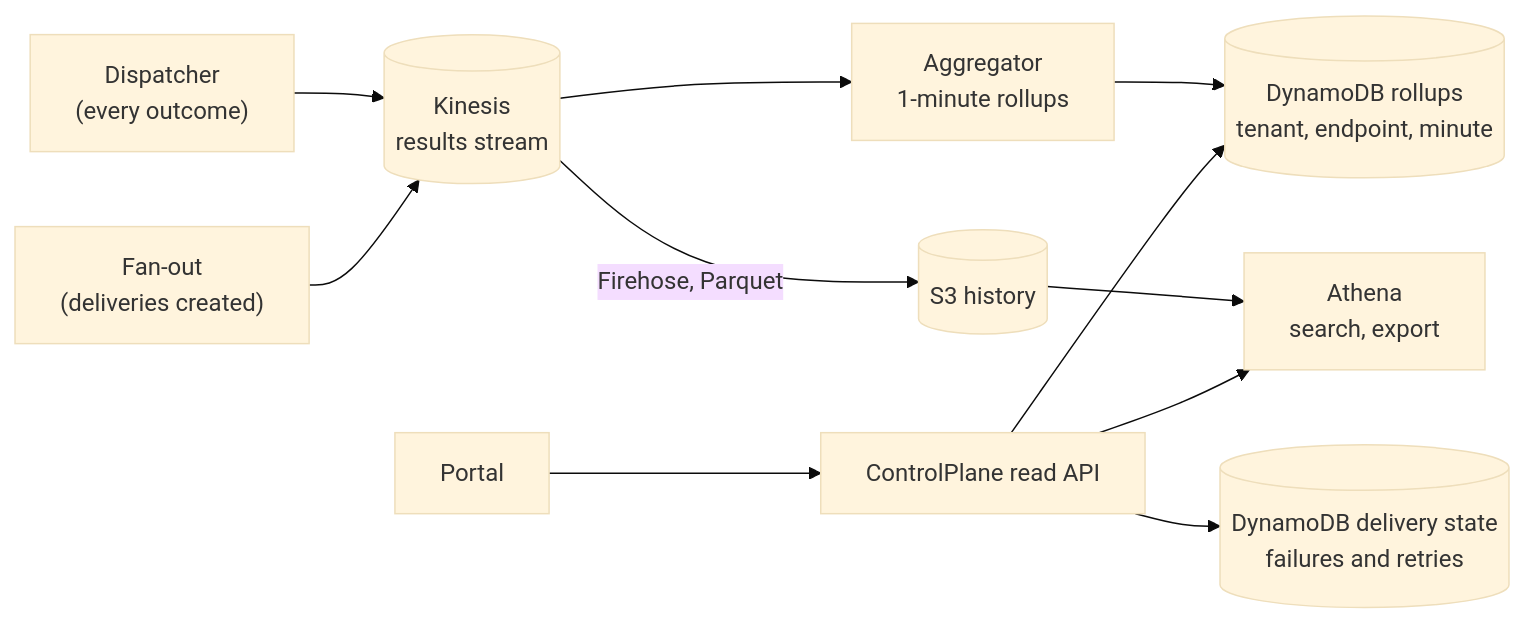
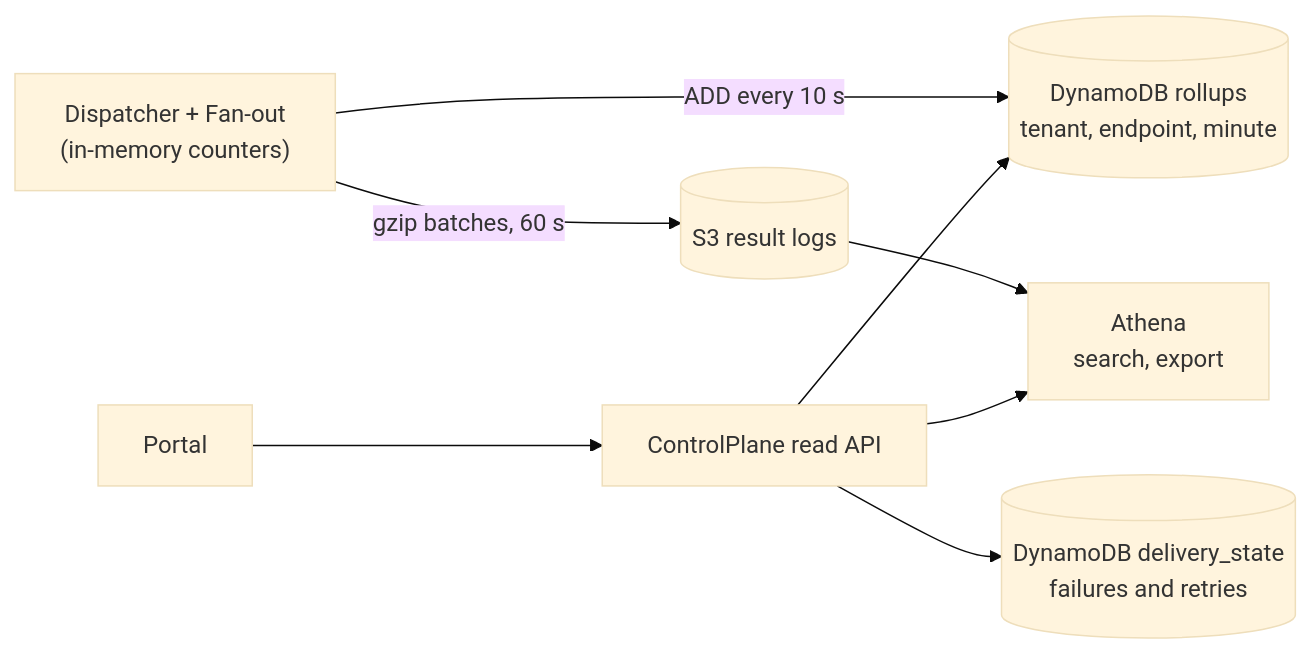
Before and after one commit to twobudgies/WebhookGateway: the sixth of 7 diagrams in docs/architecture.md, drawn with Mermaid (base theme). The commit also changed other lines of this file and 6 other files, not shown here.

Commit message:
docs: architecture v4 - cost-first Stage 1 on SQS (no Kinesis), cost model

````diff
--- a/docs/architecture.md
+++ b/docs/architecture.md
@@ -221,14 +202,11 @@
 ```mermaid
 flowchart LR
-  D["Dispatcher<br/>(every outcome)"] --> K2[("Kinesis<br/>results stream")]
-  F["Fan-out<br/>(deliveries created)"] --> K2
-  K2 --> A["Aggregator<br/>1-minute rollups"]
-  A --> RO[("DynamoDB rollups<br/>tenant, endpoint, minute")]
-  K2 -->|"Firehose, Parquet"| S3[("S3 history")]
+  D["Dispatcher + Fan-out<br/>(in-memory counters)"] -->|"ADD every 10 s"| RO[("DynamoDB rollups<br/>tenant, endpoint, minute")]
+  D -->|"gzip batches, 60 s"| S3[("S3 result logs")]
   S3 --> AT["Athena<br/>search, export"]
-  DB[("DynamoDB delivery state<br/>failures and retries")]
+  DS[("DynamoDB delivery_state<br/>failures and retries")]
   CP["ControlPlane read API"] --> RO
-  CP --> DB
+  CP --> DS
   CP --> AT
   UI["Portal"] --> CP
 ```
````
